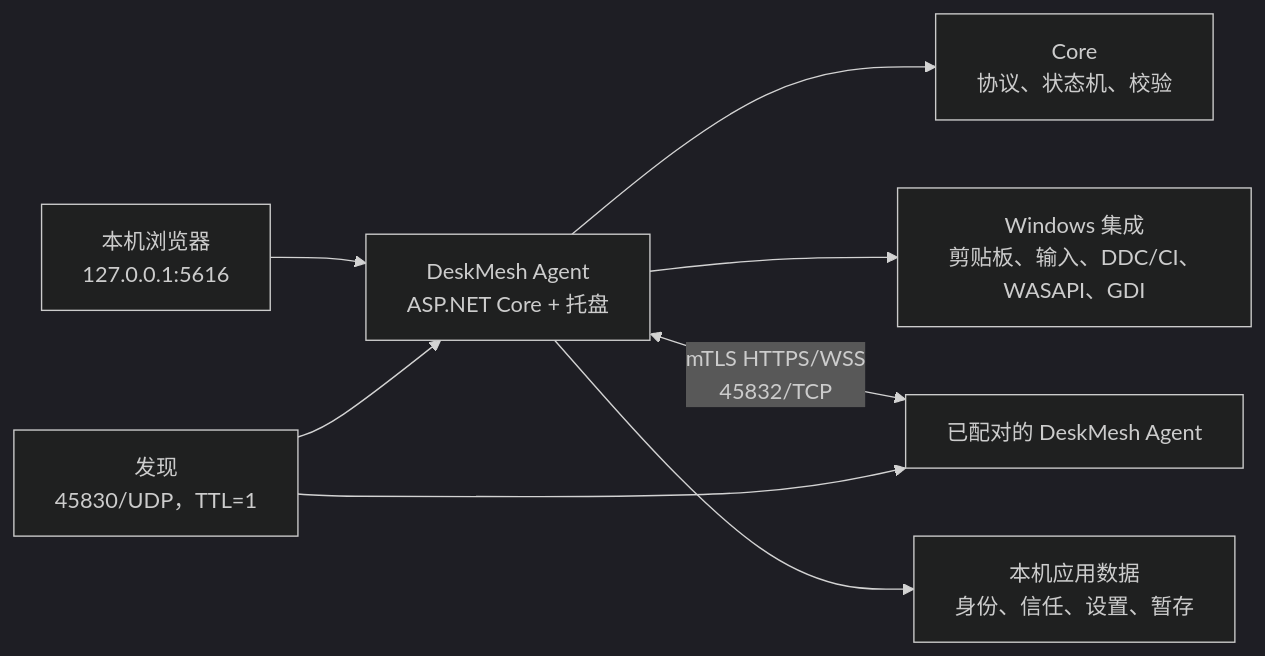
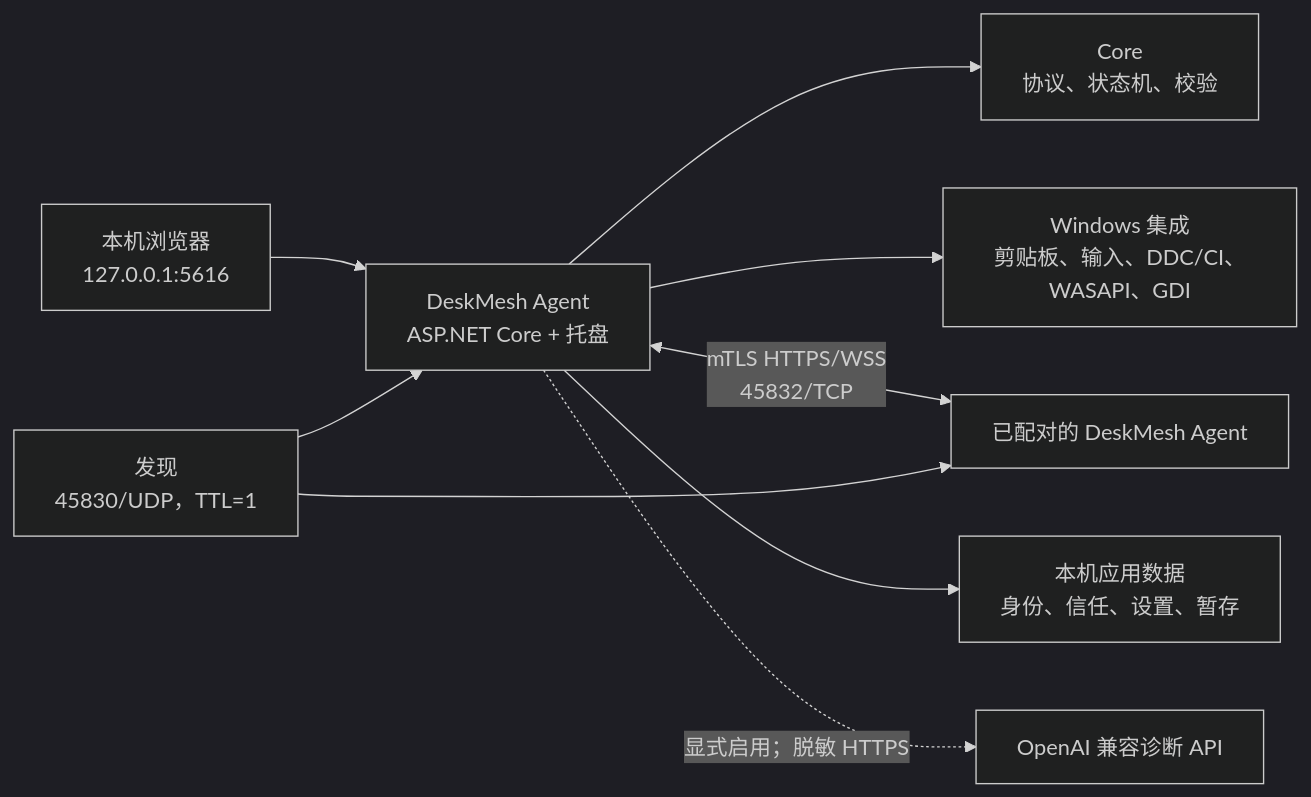
One commit to bz1121/DeskMesh changed the diagram in docs/ARCHITECTURE.md. Above: the diagram before and after it, drawn with Mermaid (dark theme). The commit also changed other lines of this file and 18 other files, not shown here.

````diff
--- a/docs/ARCHITECTURE.md
+++ b/docs/ARCHITECTURE.md
@@ -16,10 +16,11 @@
 ```mermaid
 flowchart LR
     Browser["本机浏览器\n127.0.0.1:5616"] --> LocalApi["DeskMesh Agent\nASP.NET Core + 托盘"]
     LocalApi --> Core["Core\n协议、状态机、校验"]
     LocalApi --> Win["Windows 集成\n剪贴板、输入、DDC/CI、WASAPI、GDI"]
     LocalApi <-->|"mTLS HTTPS/WSS\n45832/TCP"| Peer["已配对的 DeskMesh Agent"]
     Discovery["发现\n45830/UDP，TTL=1"] --> LocalApi
     Discovery --> Peer
     LocalApi --> Data["本机应用数据\n身份、信任、设置、暂存"]
+    LocalApi -. "显式启用；脱敏 HTTPS" .-> AI["OpenAI 兼容诊断 API"]
 ```
````
